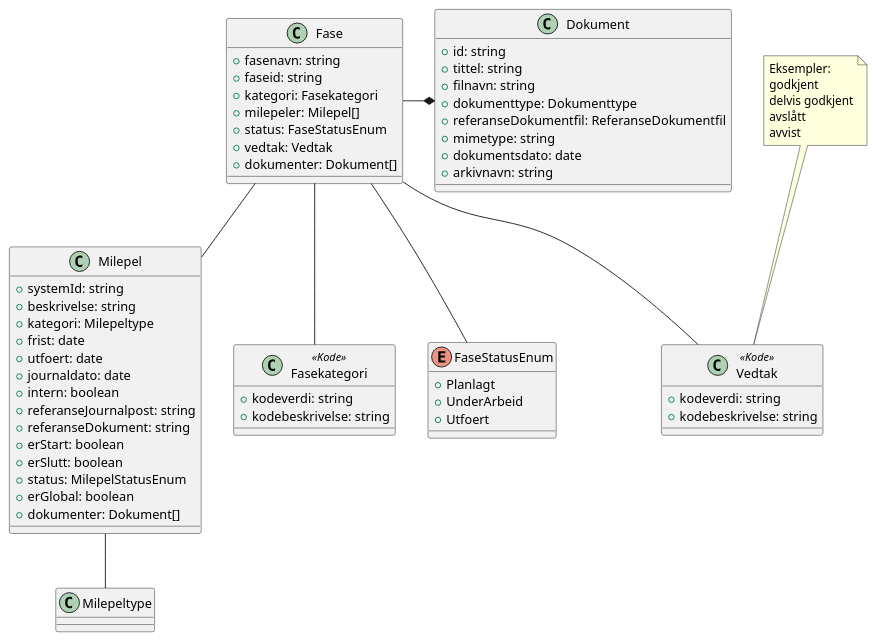
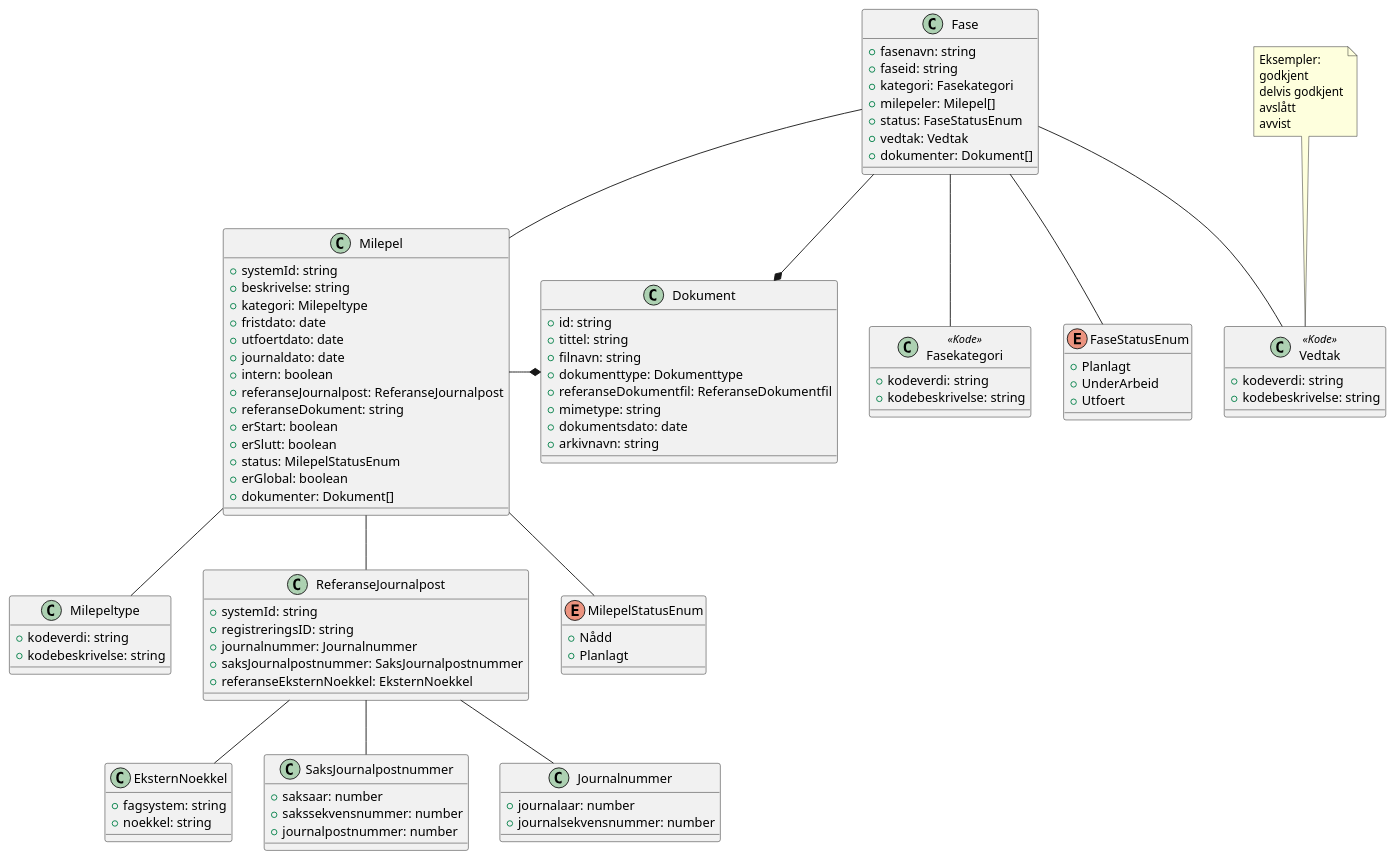
Before and after one commit to ks-no/fiks-saksfaser-specification: the diagram in Dokumentasjon/V1/ClassDiagrams/no.ks.fiks.saksfaser.v1.felles.fase/classdiagram.pu, drawn with PlantUML. The commit also changed 14 other files, not shown here.

```diff
--- a/Dokumentasjon/V1/ClassDiagrams/no.ks.fiks.saksfaser.v1.felles.fase/classdiagram.pu
+++ b/Dokumentasjon/V1/ClassDiagrams/no.ks.fiks.saksfaser.v1.felles.fase/classdiagram.pu
@@ -1,67 +1,108 @@
 @startuml
 
 class Fase {
     +fasenavn: string
     +faseid: string
     +kategori: Fasekategori
     +milepeler: Milepel[]
     +status: FaseStatusEnum
     +vedtak: Vedtak
     +dokumenter: Dokument[]
 }
 
 Fase -* Dokument
 Fase -- Milepel
 Fase -- Fasekategori
 Fase -- Vedtak
 Fase -- FaseStatusEnum
 
 enum FaseStatusEnum {
     +Planlagt
     +UnderArbeid
     +Utfoert
 }
 
 note top of Vedtak : Eksempler:\ngodkjent\ndelvis godkjent\navslått\navvist 
 
 class Vedtak <<Kode>> {
     +kodeverdi: string
     +kodebeskrivelse: string
 }
 
 class Fasekategori <<Kode>> {
     +kodeverdi: string
     +kodebeskrivelse: string
 }
 
 class Milepel {
     +systemId: string
     +beskrivelse: string
     +kategori: Milepeltype
-    +frist: date
-    +utfoert: date
+    +fristdato: date
+    +utfoertdato: date
     +journaldato: date
     +intern: boolean
-    +referanseJournalpost: string
+    +referanseJournalpost: ReferanseJournalpost
     +referanseDokument: string
     +erStart: boolean
     +erSlutt: boolean
     +status: MilepelStatusEnum
     +erGlobal: boolean
     +dokumenter: Dokument[]
 }
 
 Milepel -- Milepeltype
+Milepel -- ReferanseJournalpost
+
+class Milepeltype {
+    +kodeverdi: string
+    +kodebeskrivelse: string
+}
+
+class ReferanseJournalpost {
+    +systemId: string
+    +registreringsID: string
+    +journalnummer: Journalnummer
+    +saksJournalpostnummer: SaksJournalpostnummer
+    +referanseEksternNoekkel: EksternNoekkel
+}
+
+Milepel -- MilepelStatusEnum
+Milepel -* Dokument
+ReferanseJournalpost -- EksternNoekkel
+ReferanseJournalpost -- SaksJournalpostnummer
+ReferanseJournalpost -- Journalnummer
+
+class SaksJournalpostnummer {
+    +saksaar: number
+    +sakssekvensnummer: number
+    +journalpostnummer: number
+}
+
+class Journalnummer {
+    +journalaar: number
+    +journalsekvensnummer: number
+}
+
+class EksternNoekkel {
+    +fagsystem: string
+    +noekkel: string
+}
 
 class Dokument {
     +id: string
     +tittel: string
     +filnavn: string
     +dokumenttype: Dokumenttype
     +referanseDokumentfil: ReferanseDokumentfil
     +mimetype: string
     +dokumentsdato: date
     +arkivnavn: string
 }
 
+enum MilepelStatusEnum {
+    +Nådd
+    +Planlagt
+}
+
 @enduml
```
